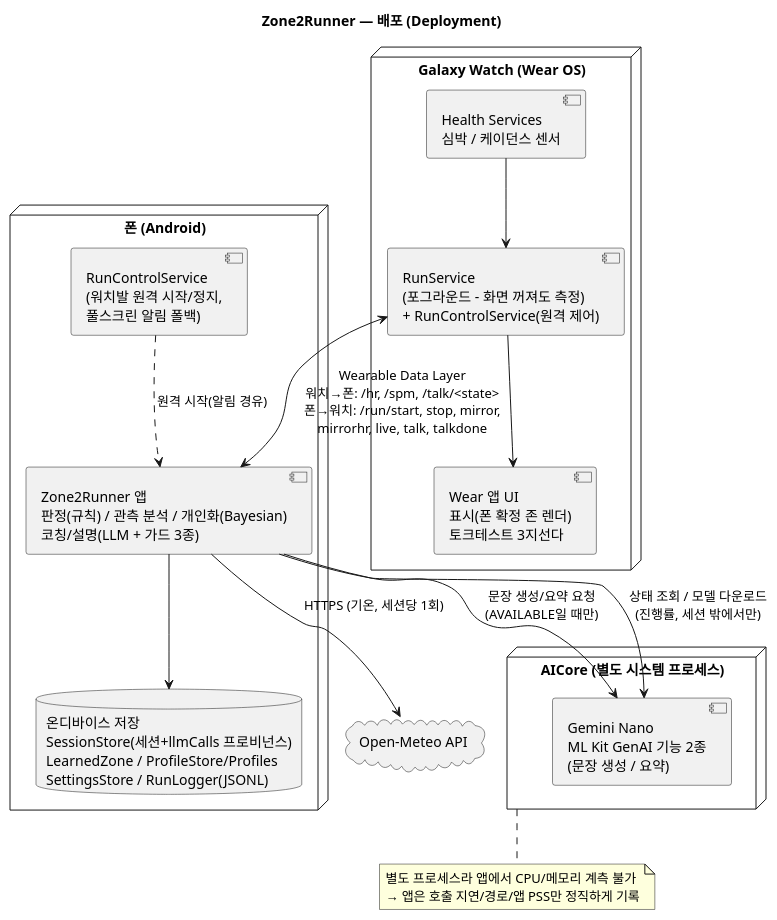
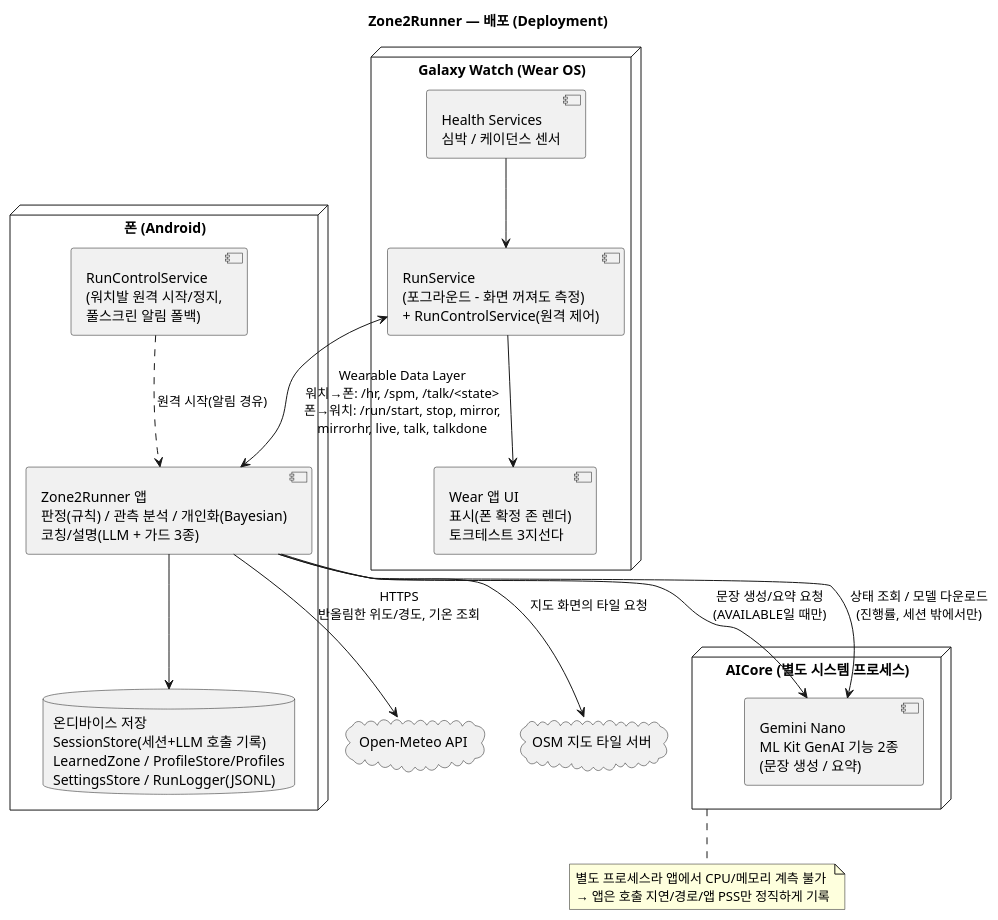
The diagram in arch/diagrams/03-deployment.puml (tenyearslove/zone2runner), drawn with PlantUML before and after one commit. The commit also changed 36 other files, not shown here.

```diff
--- a/arch/diagrams/03-deployment.puml
+++ b/arch/diagrams/03-deployment.puml
@@ -1,36 +1,38 @@
 @startuml
 title Zone2Runner — 배포 (Deployment)
 skinparam defaultFontName "Malgun Gothic"
 skinparam shadowing false
 
 node "Galaxy Watch (Wear OS)" as WatchNode {
   component "Wear 앱 UI\n표시(폰 확정 존 렌더)\n토크테스트 3지선다" as WearApp
   component "RunService\n(포그라운드 - 화면 꺼져도 측정)\n+ RunControlService(원격 제어)" as WearSvc
   component "Health Services\n심박 / 케이던스 센서" as HS
 }
 
 node "폰 (Android)" as PhoneNode {
   component "Zone2Runner 앱\n판정(규칙) / 관측 분석 / 개인화(Bayesian)\n코칭/설명(LLM + 가드 3종)" as PhoneApp
   component "RunControlService\n(워치발 원격 시작/정지,\n풀스크린 알림 폴백)" as PhoneSvc
-  database "온디바이스 저장\nSessionStore(세션+llmCalls 프로비넌스)\nLearnedZone / ProfileStore/Profiles\nSettingsStore / RunLogger(JSONL)" as Store
+  database "온디바이스 저장\nSessionStore(세션+LLM 호출 기록)\nLearnedZone / ProfileStore/Profiles\nSettingsStore / RunLogger(JSONL)" as Store
 }
 
 node "AICore (별도 시스템 프로세스)" as AICore {
   component "Gemini Nano\nML Kit GenAI 기능 2종\n(문장 생성 / 요약)" as NanoModel
 }
 
 cloud "Open-Meteo API" as WeatherCloud
+cloud "OSM 지도 타일 서버" as TileCloud
 
 HS --> WearSvc
 WearSvc --> WearApp
 WearSvc <--> PhoneApp : Wearable Data Layer\n워치→폰: /hr, /spm, /talk/<state>\n폰→워치: /run/start, stop, mirror,\nmirrorhr, live, talk, talkdone
 PhoneSvc ..> PhoneApp : 원격 시작(알림 경유)
 PhoneApp --> Store
 PhoneApp --> NanoModel : 문장 생성/요약 요청\n(AVAILABLE일 때만)
 PhoneApp --> NanoModel : 상태 조회 / 모델 다운로드\n(진행률, 세션 밖에서만)
-PhoneApp --> WeatherCloud : HTTPS (기온, 세션당 1회)
+PhoneApp --> WeatherCloud : HTTPS\n반올림한 위도/경도, 기온 조회
+PhoneApp --> TileCloud : 지도 화면의 타일 요청
 note bottom of AICore
   별도 프로세스라 앱에서 CPU/메모리 계측 불가
   → 앱은 호출 지연/경로/앱 PSS만 정직하게 기록
 end note
 @enduml
```
